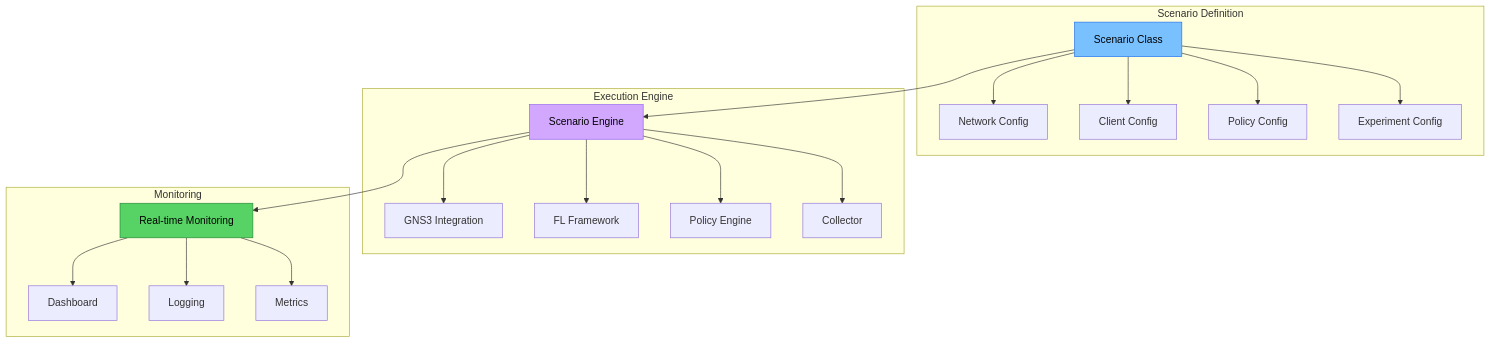
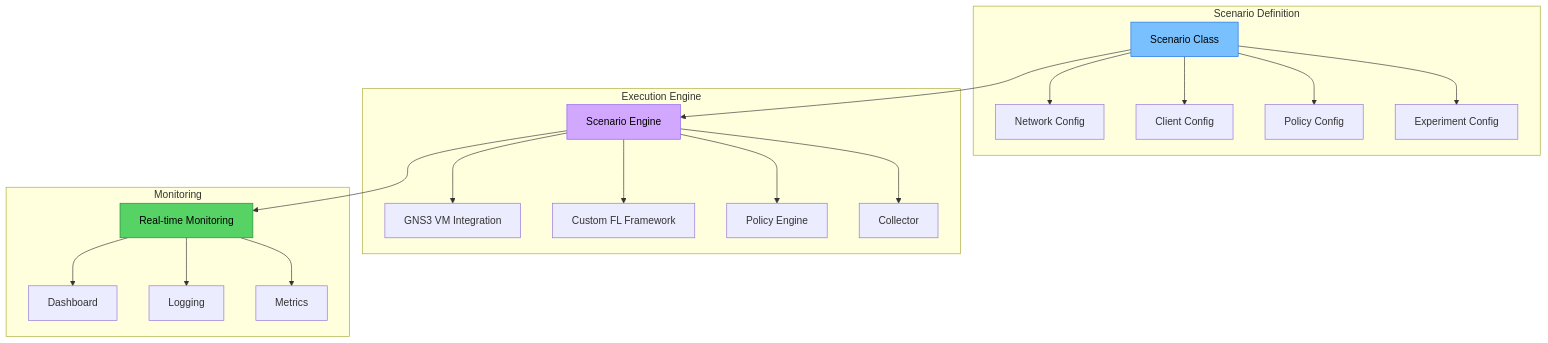
The diagram in docs/docs/tutorials/custom-scenarios.md (abdulmeLINK/flopy-net), drawn with Mermaid before and after one commit. The commit also changed other lines of this file and 42 other files, not shown here.

````diff
--- a/docs/docs/tutorials/custom-scenarios.md
+++ b/docs/docs/tutorials/custom-scenarios.md
@@ -21,29 +21,29 @@
 ```mermaid
 graph TB
     subgraph "Scenario Definition"
         SD[Scenario Class] --> NC[Network Config]
-        SD --> CC[Client Config]
+        SD --> CC[Client Config] 
         SD --> PC[Policy Config]
         SD --> EC[Experiment Config]
     end
     
     subgraph "Execution Engine"
-        EE[Scenario Engine] --> GNS3[GNS3 Integration]
-        EE --> FL[FL Framework]
+        EE[Scenario Engine] --> GNS3[GNS3 VM Integration]
+        EE --> FL[Custom FL Framework]
         EE --> PE[Policy Engine]
         EE --> COL[Collector]
     end
     
     subgraph "Monitoring"
         MON[Real-time Monitoring] --> DASH[Dashboard]
         MON --> LOGS[Logging]
         MON --> METRICS[Metrics]
     end
     
     SD --> EE
     EE --> MON
     
     style SD fill:#79c0ff,stroke:#1f6feb,color:#000
     style EE fill:#d2a8ff,stroke:#8b5cf6,color:#000
     style MON fill:#56d364,stroke:#238636,color:#000
 ```
````
